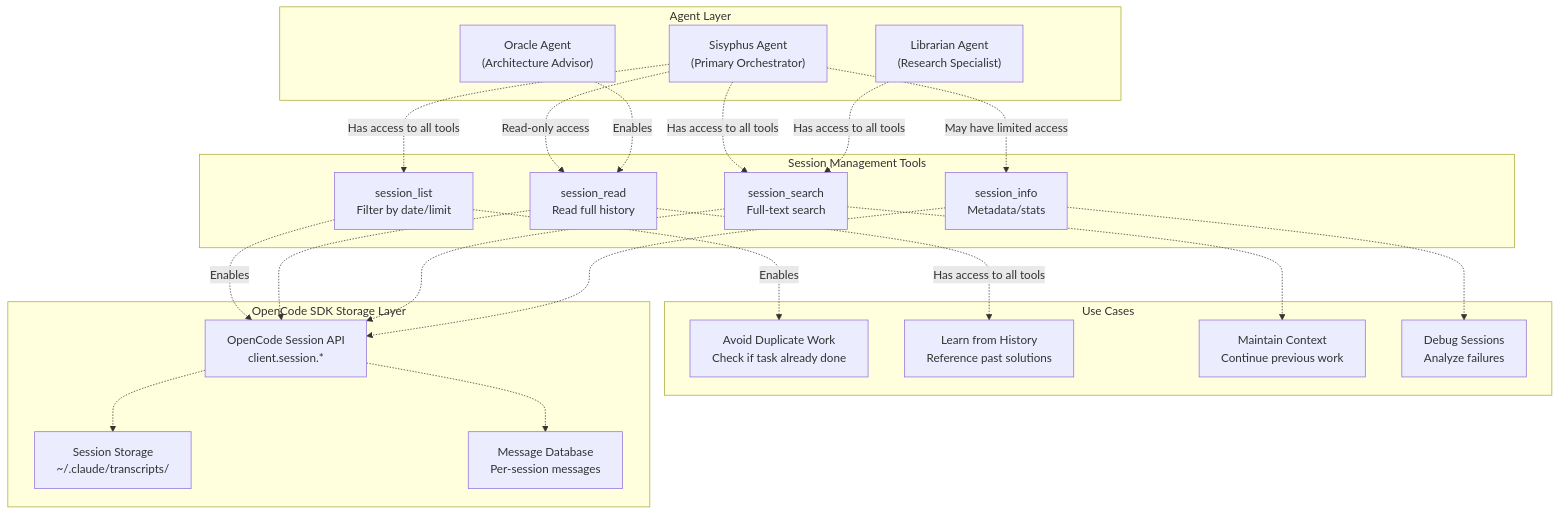
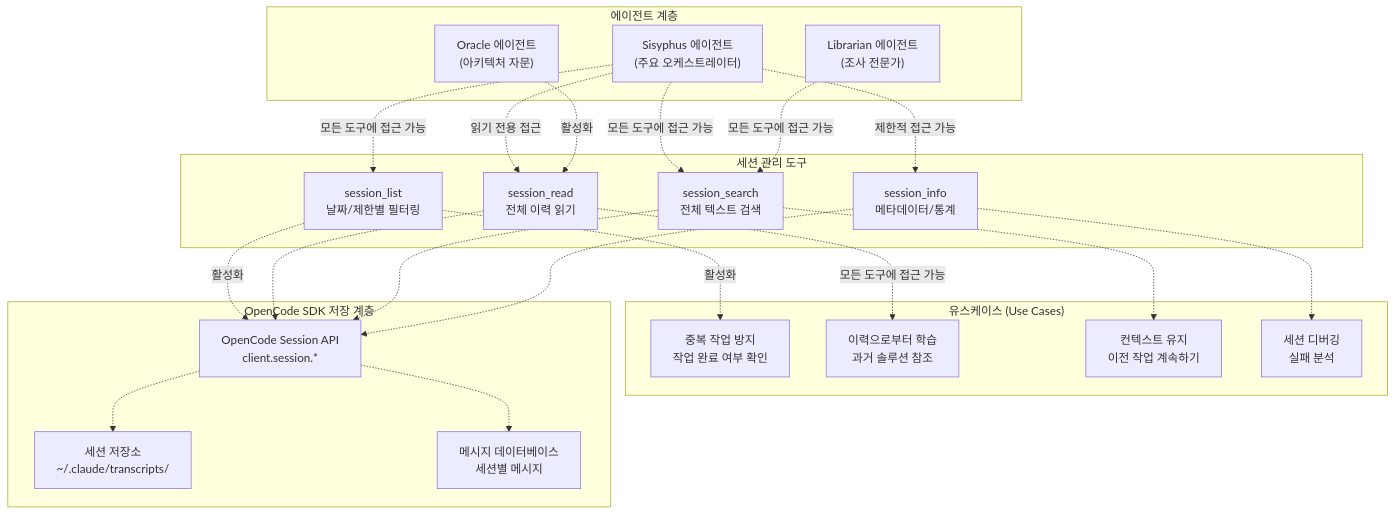
The first of 8 diagrams in docs/tools/session-management-tools.md (felipetruman/oh-my-opencode-docs), drawn with Mermaid before and after one commit. The commit also changed other lines of this file and 76 other files, not shown here.

````diff
--- a/docs/tools/session-management-tools.md
+++ b/docs/tools/session-management-tools.md
@@ -64,61 +64,61 @@
 ```mermaid
 flowchart TD
 
-Sisyphus["Sisyphus Agent<br>(Primary Orchestrator)"]
-Oracle["Oracle Agent<br>(Architecture Advisor)"]
-Librarian["Librarian Agent<br>(Research Specialist)"]
-SessionList["session_list<br>Filter by date/limit"]
-SessionRead["session_read<br>Read full history"]
-SessionSearch["session_search<br>Full-text search"]
-SessionInfo["session_info<br>Metadata/stats"]
+Sisyphus["Sisyphus 에이전트<br>(주요 오케스트레이터)"]
+Oracle["Oracle 에이전트<br>(아키텍처 자문)"]
+Librarian["Librarian 에이전트<br>(조사 전문가)"]
+SessionList["session_list<br>날짜/제한별 필터링"]
+SessionRead["session_read<br>전체 이력 읽기"]
+SessionSearch["session_search<br>전체 텍스트 검색"]
+SessionInfo["session_info<br>메타데이터/통계"]
 SessionAPI["OpenCode Session API<br>client.session.*"]
-SessionStore["Session Storage<br>~/.claude/transcripts/"]
-MessageStore["Message Database<br>Per-session messages"]
-UC1["Avoid Duplicate Work<br>Check if task already done"]
-UC2["Learn from History<br>Reference past solutions"]
-UC3["Maintain Context<br>Continue previous work"]
-UC4["Debug Sessions<br>Analyze failures"]
+SessionStore["세션 저장소<br>~/.claude/transcripts/"]
+MessageStore["메시지 데이터베이스<br>세션별 메시지"]
+UC1["중복 작업 방지<br>작업 완료 여부 확인"]
+UC2["이력으로부터 학습<br>과거 솔루션 참조"]
+UC3["컨텍스트 유지<br>이전 작업 계속하기"]
+UC4["세션 디버깅<br>실패 분석"]
 
-Sisyphus -.->|"Has access to all tools"| SessionList
-Sisyphus -.->|"Read-only access"| SessionRead
-Sisyphus -.->|"Has access to all tools"| SessionSearch
-Sisyphus -.->|"May have limited access"| SessionInfo
-Oracle -.->|"Enables"| SessionRead
-Librarian -.->|"Has access to all tools"| SessionSearch
-SessionList -.->|"Enables"| SessionAPI
+Sisyphus -.->|"모든 도구에 접근 가능"| SessionList
+Sisyphus -.->|"읽기 전용 접근"| SessionRead
+Sisyphus -.->|"모든 도구에 접근 가능"| SessionSearch
+Sisyphus -.->|"제한적 접근 가능"| SessionInfo
+Oracle -.->|"활성화"| SessionRead
+Librarian -.->|"모든 도구에 접근 가능"| SessionSearch
+SessionList -.->|"활성화"| SessionAPI
 SessionRead -.-> SessionAPI
 SessionSearch -.-> SessionAPI
 SessionInfo -.-> SessionAPI
-SessionList -.->|"Enables"| UC1
-SessionRead -.->|"Has access to all tools"| UC2
+SessionList -.->|"활성화"| UC1
+SessionRead -.->|"모든 도구에 접근 가능"| UC2
 SessionSearch -.-> UC3
 SessionInfo -.-> UC4
 
-subgraph subGraph3 ["Use Cases"]
+subgraph subGraph3 ["유스케이스 (Use Cases)"]
     UC1
     UC2
     UC3
     UC4
 end
 
-subgraph subGraph2 ["OpenCode SDK Storage Layer"]
+subgraph subGraph2 ["OpenCode SDK 저장 계층"]
     SessionAPI
     SessionStore
     MessageStore
     SessionAPI -.-> SessionStore
     SessionAPI -.-> MessageStore
 end
 
-subgraph subGraph1 ["Session Management Tools"]
+subgraph subGraph1 ["세션 관리 도구"]
     SessionList
     SessionRead
     SessionSearch
     SessionInfo
 end
 
-subgraph subGraph0 ["Agent Layer"]
+subgraph subGraph0 ["에이전트 계층"]
     Sisyphus
     Oracle
     Librarian
 end
 ```
````
